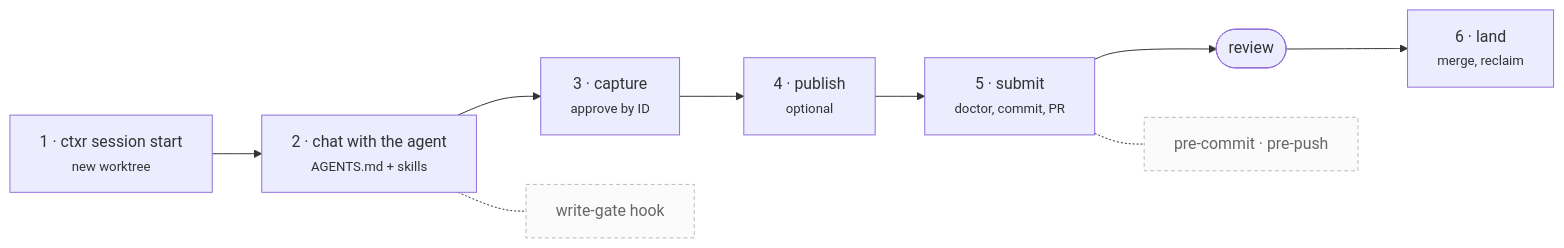
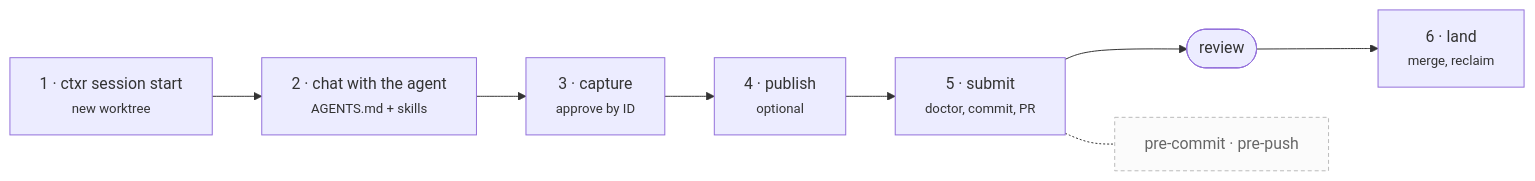
One commit to ayxuerui/contexture changed the diagram in README.md. Above: the diagram before and after it, drawn with Mermaid. The commit also changed other lines of this file and 12 other files, not shown here.

````diff
--- a/README.md
+++ b/README.md
@@ -125,20 +120,18 @@
 ```mermaid
 flowchart LR
   S["1 · ctxr session start<br/><small>new worktree</small>"]
   C["2 · chat with the agent<br/><small>AGENTS.md + skills</small>"]
   K["3 · capture<br/><small>approve by ID</small>"]
   P["4 · publish<br/><small>optional</small>"]
   U["5 · submit<br/><small>doctor, commit, PR</small>"]
   R(["review"])
   L["6 · land<br/><small>merge, reclaim</small>"]
 
   S --> C --> K --> P --> U --> R --> L
 
-  G1["write-gate hook"]
   G2["pre-commit · pre-push"]
-  C -.- G1
   U -.- G2
 
   classDef gate fill:#fbfbfb,stroke:#bbb,stroke-dasharray:4 3,color:#666
-  class G1,G2 gate
+  class G2 gate
 ```
````
